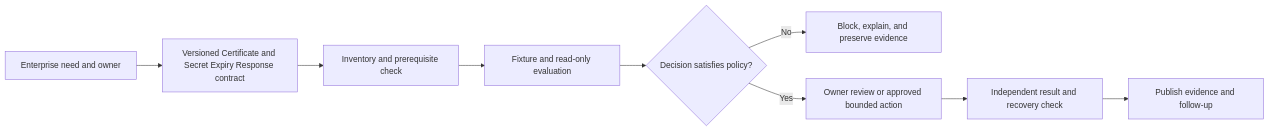
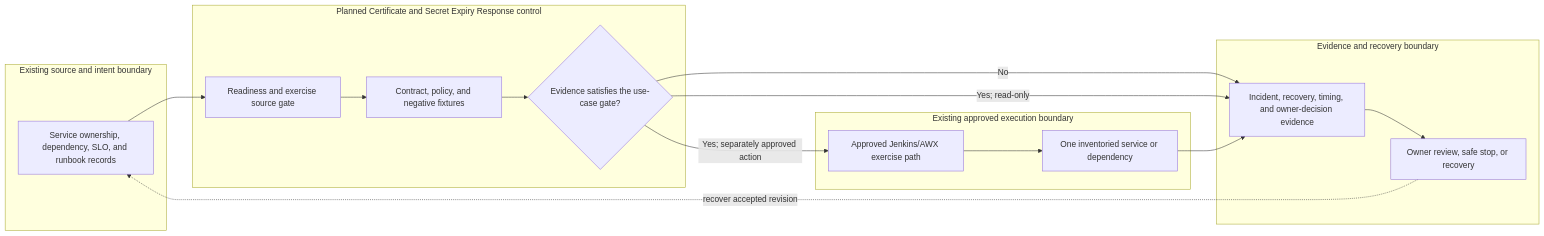
Before and after one commit to MIDHTECH/enterprise-architecture-docs: the diagram in docs/use-cases/resilience/UC-RSO-018-certificate-and-secret-expiry-response.md, drawn with Mermaid. The commit also changed other lines of this file and 227 other files, not shown here.

Commit message:
Deepen architecture for all use case designs

````diff
--- a/docs/use-cases/resilience/UC-RSO-018-certificate-and-secret-expiry-response.md
+++ b/docs/use-cases/resilience/UC-RSO-018-certificate-and-secret-expiry-response.md
@@ -136,11 +129,25 @@
 ```mermaid
 flowchart LR
-    Need["Enterprise need and owner"] --> Contract["Versioned Certificate and Secret Expiry Response contract"]
-    Contract --> Preflight["Inventory and prerequisite check"]
-    Preflight --> Evaluate["Fixture and read-only evaluation"]
-    Evaluate --> Decision{"Decision satisfies policy?"}
-    Decision -->|No| Stop["Block, explain, and preserve evidence"]
-    Decision -->|Yes| Review["Owner review or approved bounded action"]
-    Review --> Verify["Independent result and recovery check"]
-    Verify --> Publish["Publish evidence and follow-up"]
+    subgraph Source["Existing source and intent boundary"]
+        A["Service ownership, dependency, SLO, and runbook records"]
+    end
+    subgraph Planned["Planned Certificate and Secret Expiry Response control"]
+        B["Readiness and exercise source gate"]
+        C["Contract, policy, and negative fixtures"]
+        D{"Evidence satisfies the use-case gate?"}
+    end
+    subgraph Runtime["Existing approved execution boundary"]
+        E["Approved Jenkins/AWX exercise path"]
+        F["One inventoried service or dependency"]
+    end
+    subgraph Assurance["Evidence and recovery boundary"]
+        G["Incident, recovery, timing, and owner-decision evidence"]
+        H["Owner review, safe stop, or recovery"]
+    end
+
+    A --> B --> C --> D
+    D -->|No| G --> H
+    D -->|Yes; read-only| G
+    D -->|Yes; separately approved action| E --> F --> G
+    H -. recover accepted revision .-> A
 ```
````
